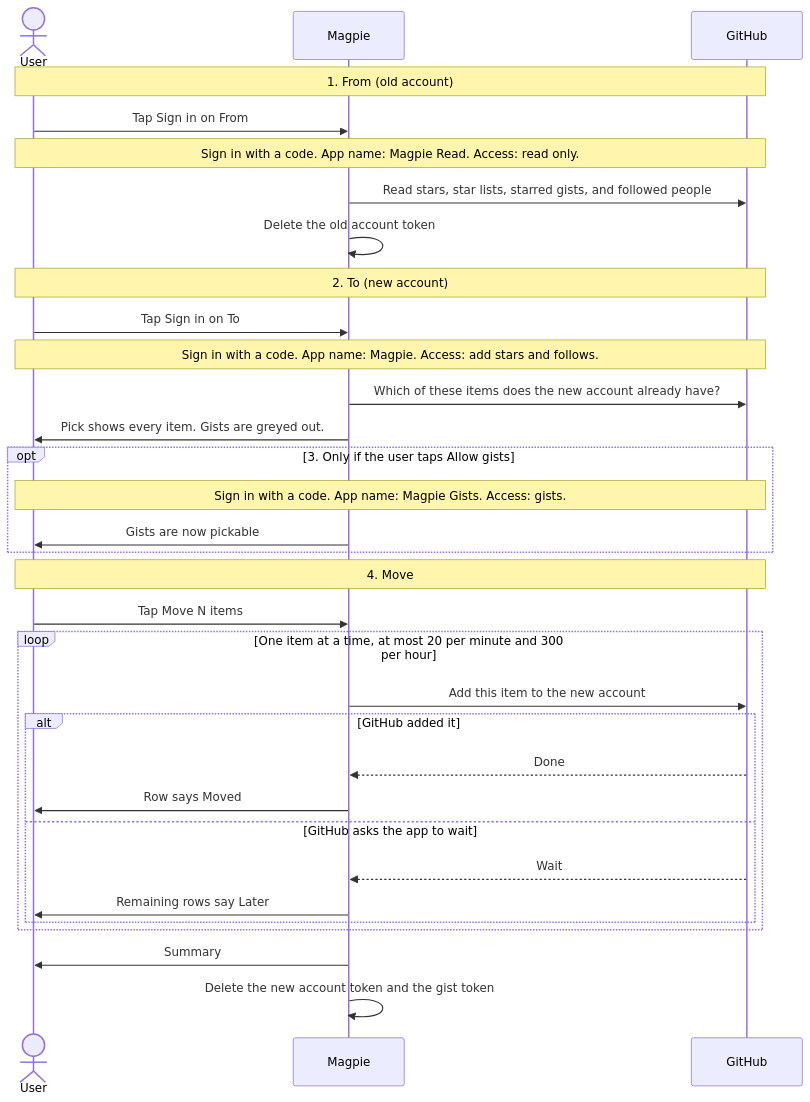
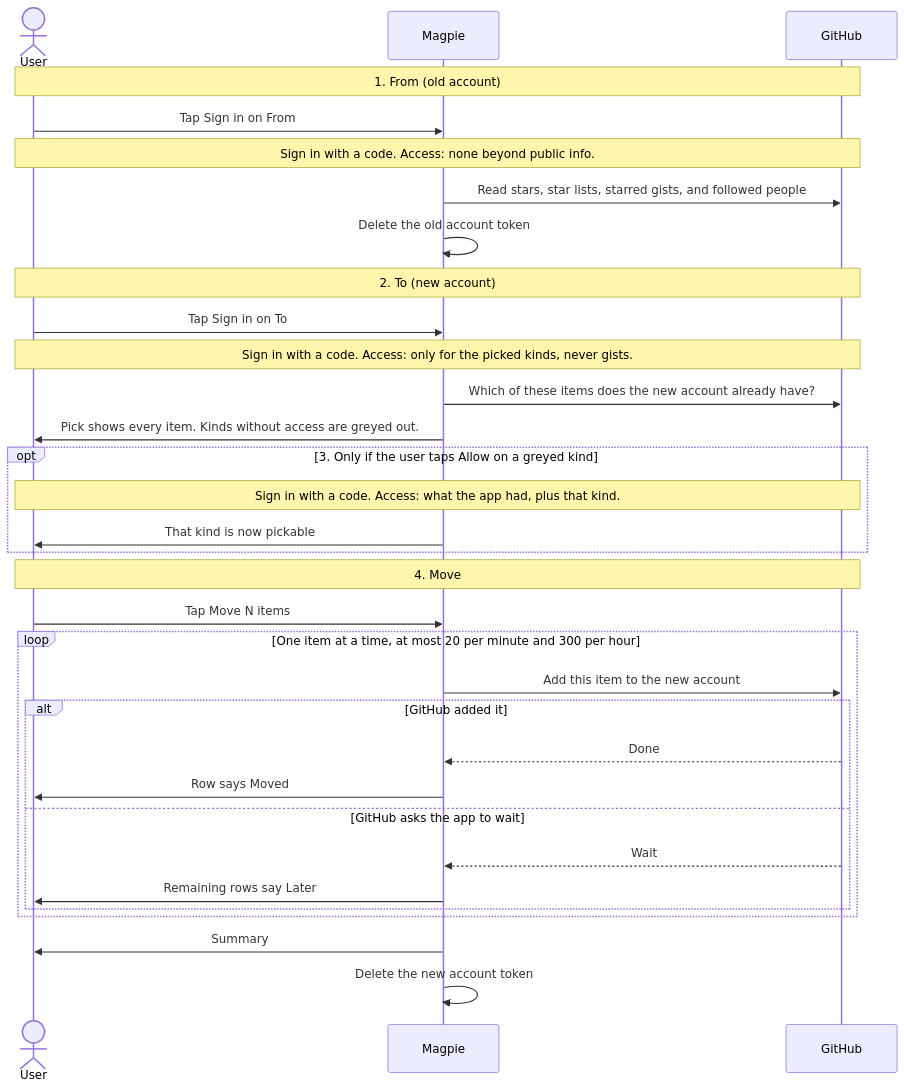
The second of 4 diagrams in specs/008-github-platform/spec.md (Dodo-Tech-Hub/magpie), drawn with Mermaid before and after one commit. The commit also changed other lines of this file and 8 other files, not shown here.

Commit message:
docs(spec): switch 008 to one classic OAuth app with scopes per picked kind

````diff
--- a/specs/008-github-platform/spec.md
+++ b/specs/008-github-platform/spec.md
@@ -76,38 +76,38 @@
 ```mermaid
 sequenceDiagram
     actor User
     participant App as Magpie
     participant GitHub
 
     Note over User,GitHub: 1. From (old account)
     User->>App: Tap Sign in on From
-    Note over User,GitHub: Sign in with a code. App name: Magpie Read. Access: read only.
+    Note over User,GitHub: Sign in with a code. Access: none beyond public info.
     App->>GitHub: Read stars, star lists, starred gists, and followed people
     App->>App: Delete the old account token
 
     Note over User,GitHub: 2. To (new account)
     User->>App: Tap Sign in on To
-    Note over User,GitHub: Sign in with a code. App name: Magpie. Access: add stars and follows.
+    Note over User,GitHub: Sign in with a code. Access: only for the picked kinds, never gists.
     App->>GitHub: Which of these items does the new account already have?
-    App->>User: Pick shows every item. Gists are greyed out.
+    App->>User: Pick shows every item. Kinds without access are greyed out.
 
-    opt 3. Only if the user taps Allow gists
-        Note over User,GitHub: Sign in with a code. App name: Magpie Gists. Access: gists.
-        App->>User: Gists are now pickable
+    opt 3. Only if the user taps Allow on a greyed kind
+        Note over User,GitHub: Sign in with a code. Access: what the app had, plus that kind.
+        App->>User: That kind is now pickable
     end
 
     Note over User,GitHub: 4. Move
     User->>App: Tap Move N items
     loop One item at a time, at most 20 per minute and 300 per hour
         App->>GitHub: Add this item to the new account
         alt GitHub added it
             GitHub-->>App: Done
             App->>User: Row says Moved
         else GitHub asks the app to wait
             GitHub-->>App: Wait
             App->>User: Remaining rows say Later
         end
     end
     App->>User: Summary
-    App->>App: Delete the new account token and the gist token
+    App->>App: Delete the new account token
 ```
````
